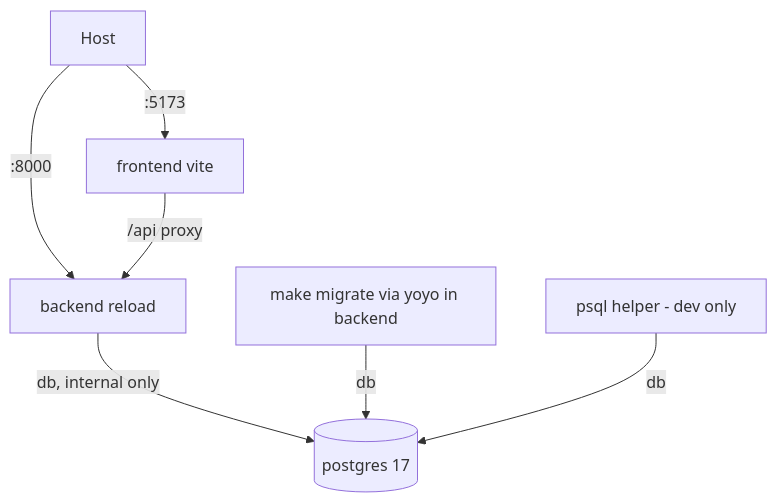
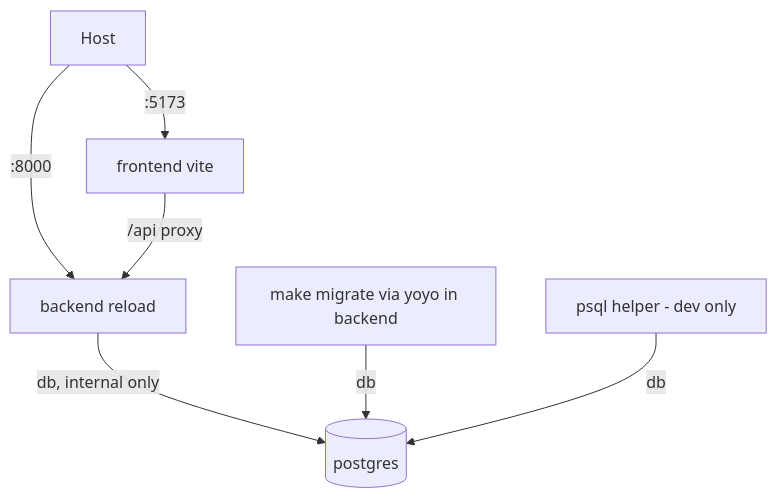
One commit to notseekeru/maxterview_website changed the diagram in PLAN.md. Above: the diagram before and after it, drawn with Mermaid. The commit also changed other lines of this file and 1 other file, not shown here.

Commit message:
chore: update cd pipeline and docs

````diff
--- a/PLAN.md
+++ b/PLAN.md
@@ -57,9 +57,9 @@
 ```mermaid
 graph TD
     H[Host] -->|:8000| B[backend reload]
     H -->|:5173| F[frontend vite]
     F -->|/api proxy| B
-    B -->|db, internal only| P[(postgres 17)]
+    B -->|db, internal only| P[(postgres)]
     M[make migrate via yoyo in backend] -->|db| P
     N[psql helper - dev only] -->|db| P
 ```
````
